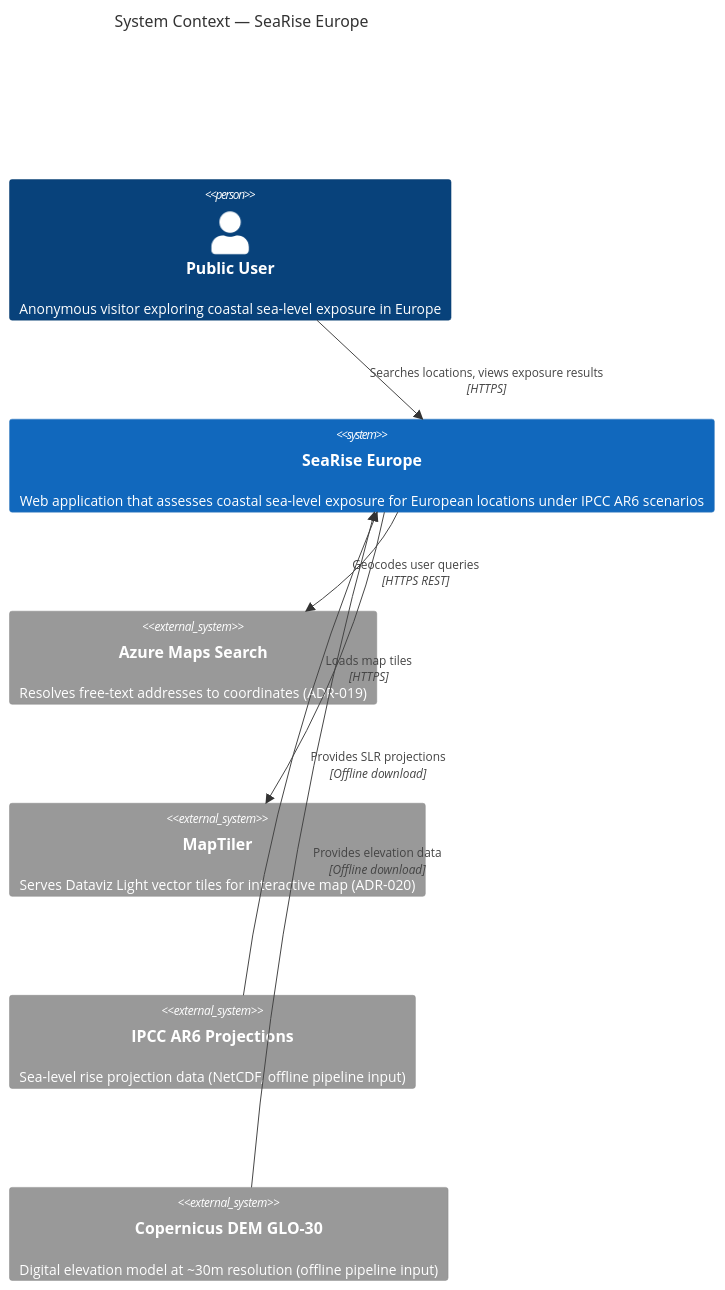
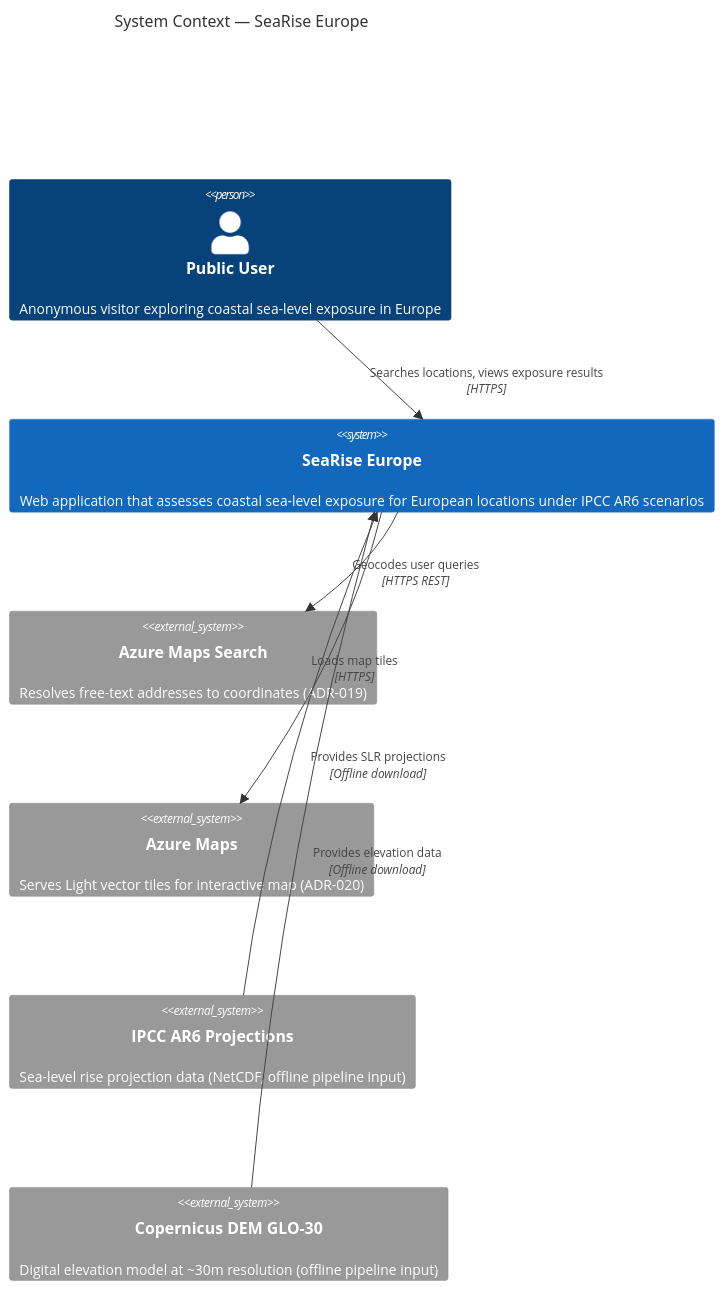
One commit to artemsemdev/SeaRise-Europe changed the first of 13 diagrams in docs/architecture/18-uml-system-architecture.md. Above: the diagram before and after it, drawn with Mermaid. The commit also changed other lines of this file and 10 other files, not shown here.

Commit message:
docs (architecture) Azure Maps instead MapTiler

````diff
--- a/docs/architecture/18-uml-system-architecture.md
+++ b/docs/architecture/18-uml-system-architecture.md
@@ -36,19 +36,19 @@
 ```mermaid
 C4Context
     title System Context — SeaRise Europe
 
     Person(user, "Public User", "Anonymous visitor exploring coastal sea-level exposure in Europe")
 
     System(searise, "SeaRise Europe", "Web application that assesses coastal sea-level exposure for European locations under IPCC AR6 scenarios")
 
     System_Ext(geocoding, "Azure Maps Search", "Resolves free-text addresses to coordinates (ADR-019)")
-    System_Ext(basemap, "MapTiler", "Serves Dataviz Light vector tiles for interactive map (ADR-020)")
+    System_Ext(basemap, "Azure Maps", "Serves Light vector tiles for interactive map (ADR-020)")
     System_Ext(ipcc, "IPCC AR6 Projections", "Sea-level rise projection data (NetCDF, offline pipeline input)")
     System_Ext(copernicus, "Copernicus DEM GLO-30", "Digital elevation model at ~30m resolution (offline pipeline input)")
 
     Rel(user, searise, "Searches locations, views exposure results", "HTTPS")
     Rel(searise, geocoding, "Geocodes user queries", "HTTPS REST")
     Rel(searise, basemap, "Loads map tiles", "HTTPS")
     Rel_L(ipcc, searise, "Provides SLR projections", "Offline download")
     Rel_L(copernicus, searise, "Provides elevation data", "Offline download")
 ```
````
